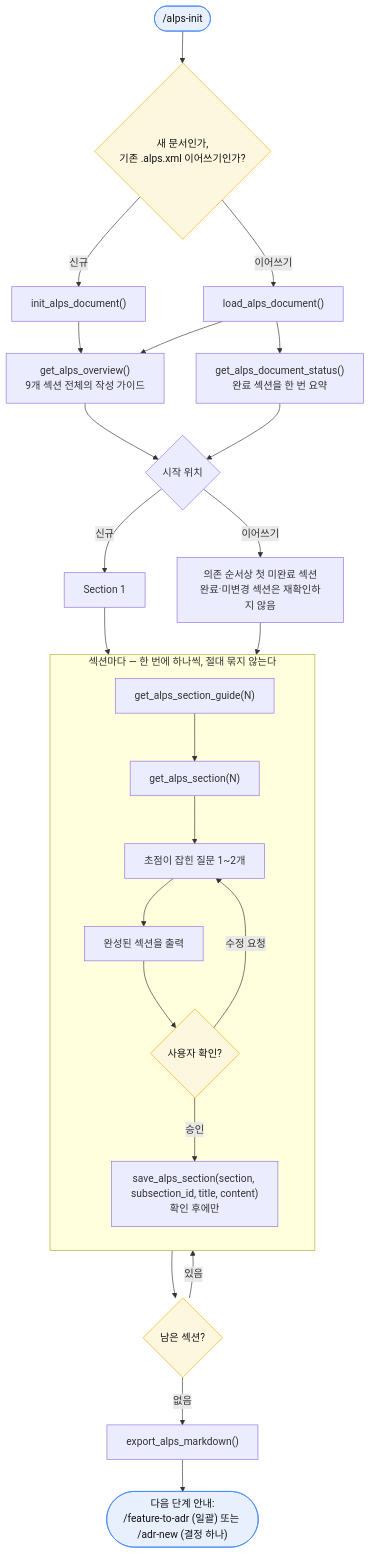
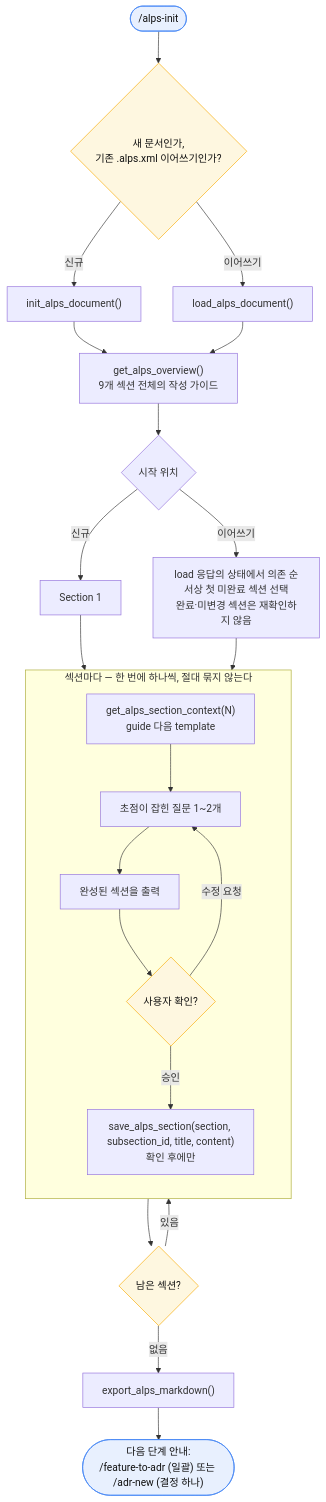
Before and after one commit to haandol/alps-writer-plugins: the second of 8 diagrams in docs/adr-process.md, drawn with Mermaid. The commit also changed other lines of this file and 29 other files, not shown here.

````diff
--- a/docs/adr-process.md
+++ b/docs/adr-process.md
@@ -120,35 +120,32 @@
 ```mermaid
 flowchart TD
     Start(["/alps-init"]) --> Q{"새 문서인가,<br/>기존 .alps.xml 이어쓰기인가?"}
     Q -->|신규| I["init_alps_document()"]
     Q -->|이어쓰기| L["load_alps_document()"]
     I --> Ov["get_alps_overview()<br/>9개 섹션 전체의 작성 가이드"]
     L --> Ov
-    L --> Status["get_alps_document_status()<br/>완료 섹션을 한 번 요약"]
     Ov --> StartAt{"시작 위치"}
-    Status --> StartAt
     StartAt -->|"신규"| First["Section 1"]
-    StartAt -->|"이어쓰기"| Resume["의존 순서상 첫 미완료 섹션<br/>완료·미변경 섹션은 재확인하지 않음"]
+    StartAt -->|"이어쓰기"| Resume["load 응답의 상태에서 의존 순서상 첫 미완료 섹션 선택<br/>완료·미변경 섹션은 재확인하지 않음"]
     First --> Loop
     Resume --> Loop
 
     subgraph Loop["섹션마다 — 한 번에 하나씩, 절대 묶지 않는다"]
         direction TB
-        G["get_alps_section_guide(N)"] --> T["get_alps_section(N)"]
-        T --> Ask["초점이 잡힌 질문 1~2개"]
+        G["get_alps_section_context(N)<br/>guide 다음 template"] --> Ask["초점이 잡힌 질문 1~2개"]
         Ask --> Show["완성된 섹션을 출력"]
         Show --> C{"사용자 확인?"}
         C -->|수정 요청| Ask
         C -->|승인| Save["save_alps_section(section, subsection_id, title, content)<br/>확인 후에만"]
     end
 
     Loop --> More{"남은 섹션?"}
     More -->|있음| Loop
     More -->|없음| Export["export_alps_markdown()"]
     Export --> Next(["다음 단계 안내:<br/>/feature-to-adr (일괄) 또는 /adr-new (결정 하나)"])
 
     classDef cmd fill:#e8f0fe,stroke:#4285f4,color:#111;
     classDef gate fill:#fef7e0,stroke:#f9ab00,color:#111;
     class Start,Next cmd;
     class C,Q,More gate;
 ```
````
